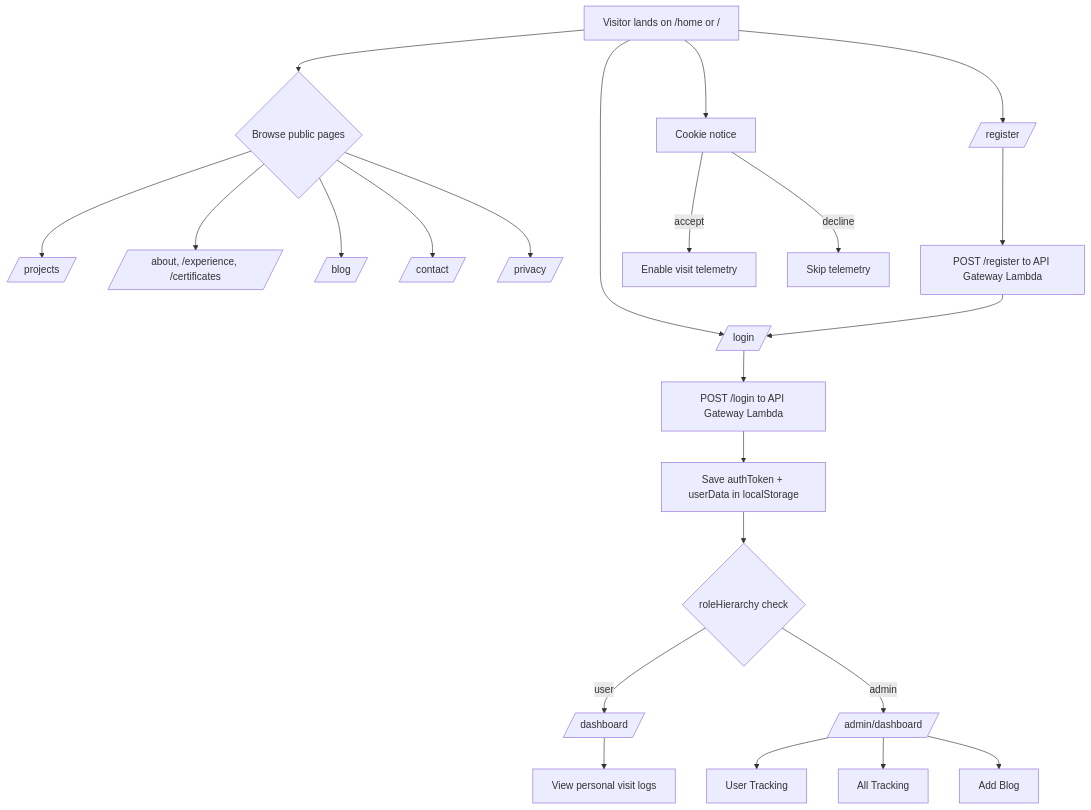
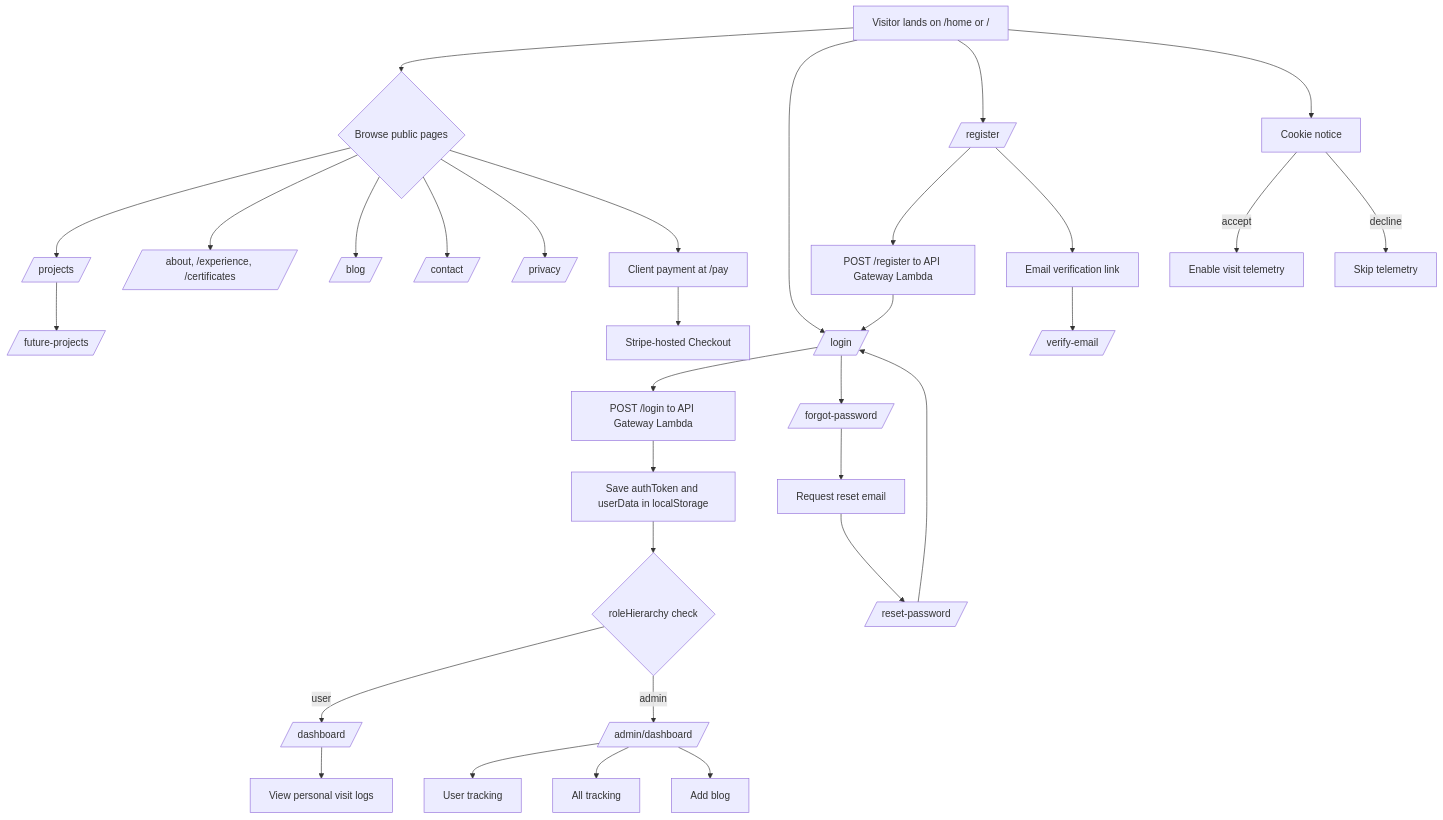
Before and after one commit to ArchILLtect/nh-showcase-site: the diagram in readme.md, drawn with Mermaid. The commit also changed other lines of this file and 6 other files, not shown here.

````diff
--- a/readme.md
+++ b/readme.md
@@ -118,31 +68,41 @@
 ```mermaid
 flowchart TD
-	A[Visitor lands on /home or /] --> B{Browse public pages}
-	B --> B1[/projects/]
-	B --> B2[/about, /experience, /certificates/]
-	B --> B3[/blog/]
-	B --> B4[/contact/]
-	B --> B5[/privacy/]
+    A[Visitor lands on /home or /] --> B{Browse public pages}
+    B --> B1[/projects/]
+    B1 --> B1A[/future-projects/]
+    B --> B2[/about, /experience, /certificates/]
+    B --> B3[/blog/]
+    B --> B4[/contact/]
+    B --> B5[/privacy/]
+    B --> B6[Client payment at /pay]
+    B6 --> B6A[Stripe-hosted Checkout]
 
-	A --> C[/login/]
-	A --> D[/register/]
+    A --> C[/login/]
+    A --> D[/register/]
 
-	D --> E[POST /register to API Gateway Lambda]
-	E --> C
+    D --> E[POST /register to API Gateway Lambda]
+    E --> C
+    D --> V[Email verification link]
+    V --> V1[/verify-email/]
 
-	C --> F[POST /login to API Gateway Lambda]
-	F --> G[Save authToken + userData in localStorage]
-	G --> H{roleHierarchy check}
+    C --> F[POST /login to API Gateway Lambda]
+    F --> G[Save authToken and userData in localStorage]
+    G --> H{roleHierarchy check}
 
-	H -->|user| I[/dashboard/]
-	H -->|admin| J[/admin/dashboard/]
+    C --> R1[/forgot-password/]
+    R1 --> R2[Request reset email]
+    R2 --> R3[/reset-password/]
+    R3 --> C
 
-	I --> I1[View personal visit logs]
-	J --> J1[User Tracking]
-	J --> J2[All Tracking]
-	J --> J3[Add Blog]
+    H -->|user| I[/dashboard/]
+    H -->|admin| J[/admin/dashboard/]
 
-	A --> K[Cookie notice]
-	K -->|accept| L[Enable visit telemetry]
-	K -->|decline| M[Skip telemetry]
+    I --> I1[View personal visit logs]
+    J --> J1[User tracking]
+    J --> J2[All tracking]
+    J --> J3[Add blog]
+
+    A --> K[Cookie notice]
+    K -->|accept| L[Enable visit telemetry]
+    K -->|decline| M[Skip telemetry]
 ```
````
